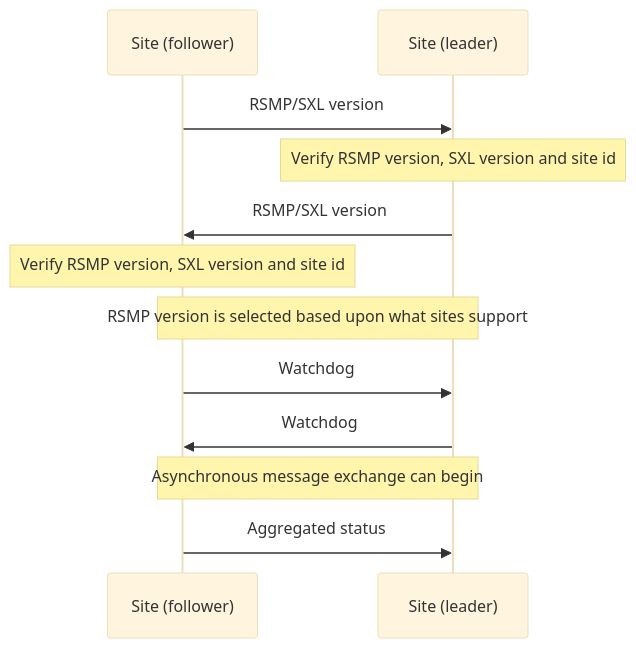
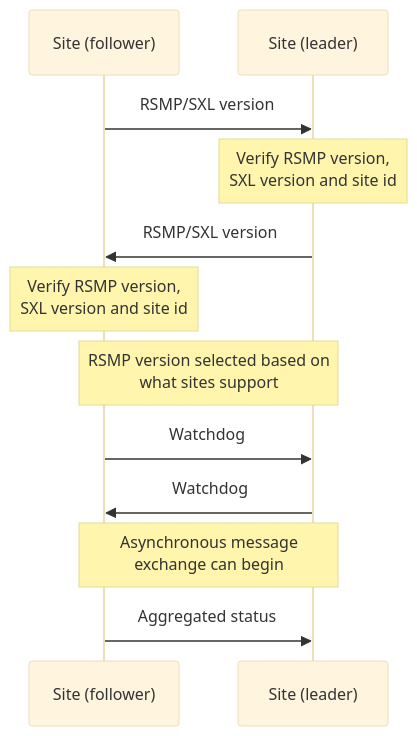
One commit to rsmp-nordic/rsmp_core changed the second of 3 diagrams in pages/applicability/transport_of_data.md. Above: the diagram before and after it, drawn with Mermaid (base theme). The commit also changed other lines of this file and 5 other files, not shown here.

````diff
--- a/pages/applicability/transport_of_data.md
+++ b/pages/applicability/transport_of_data.md
@@ -183,14 +183,14 @@
 ```mermaid
 sequenceDiagram
     participant A as Site (follower)
     participant B as Site (leader)
     A->>B: RSMP/SXL version
-    Note over B: Verify RSMP version, SXL version and site id
+    Note over B: Verify RSMP version,<br/>SXL version and site id
     B->>A: RSMP/SXL version
-    Note over A: Verify RSMP version, SXL version and site id
-    Note over A,B: RSMP version is selected based upon what sites support
+    Note over A: Verify RSMP version,<br/>SXL version and site id
+    Note over A,B: RSMP version selected based on<br/>what sites support
     A->>B: Watchdog
     B->>A: Watchdog
-    Note over A,B: Asynchronous message exchange can begin
+    Note over A,B: Asynchronous message<br/>exchange can begin
     A->>B: Aggregated status
 ```
````
